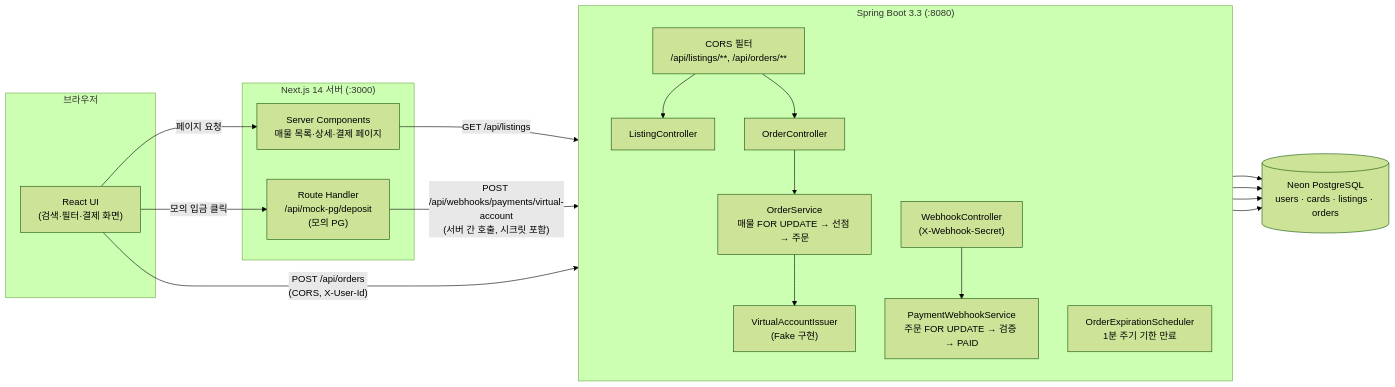
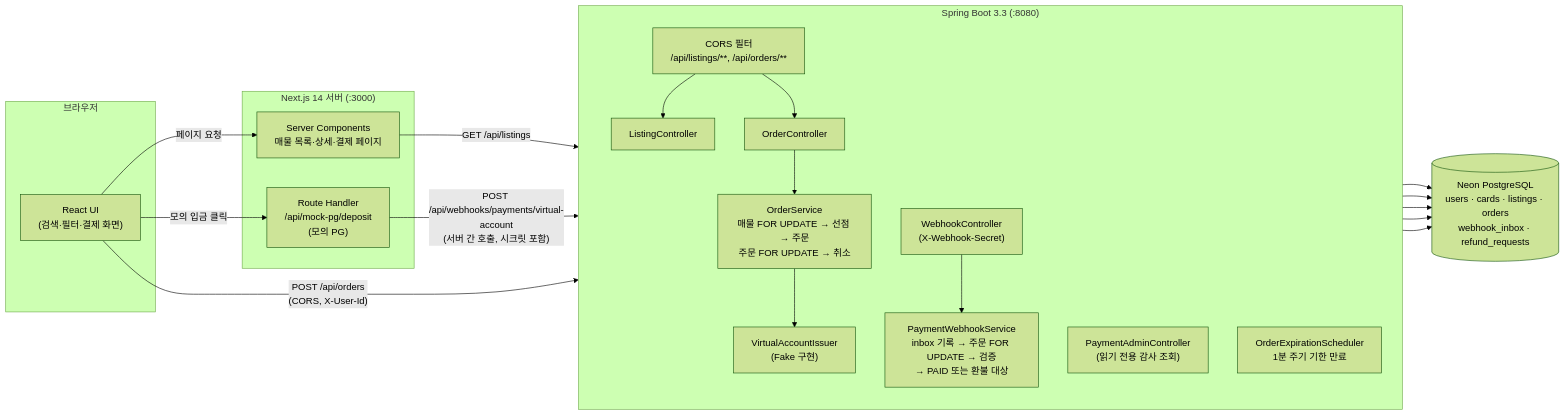
The first of 6 diagrams in README.md (Dev-Gony/poketrade), drawn with Mermaid (forest theme) before and after one commit. The commit also changed other lines of this file and 32 other files, not shown here.

First line of the commit message:
Add webhook inbox, buyer cancel and refund-required tracking

````diff
--- a/README.md
+++ b/README.md
@@ -92,35 +98,36 @@
 ```mermaid
 flowchart LR
     subgraph Client["브라우저"]
         UI["React UI<br/>(검색·필터·결제 화면)"]
     end
 
     subgraph Next["Next.js 14 서버 (:3000)"]
         RSC["Server Components<br/>매물 목록·상세·결제 페이지"]
         PG["Route Handler<br/>/api/mock-pg/deposit<br/>(모의 PG)"]
     end
 
     subgraph Spring["Spring Boot 3.3 (:8080)"]
         direction TB
         CORS["CORS 필터<br/>/api/listings/**, /api/orders/**"]
         LC["ListingController"]
         OC["OrderController"]
         WC["WebhookController<br/>(X-Webhook-Secret)"]
-        OS["OrderService<br/>매물 FOR UPDATE → 선점 → 주문"]
-        WS["PaymentWebhookService<br/>주문 FOR UPDATE → 검증 → PAID"]
+        AC["PaymentAdminController<br/>(읽기 전용 감사 조회)"]
+        OS["OrderService<br/>매물 FOR UPDATE → 선점 → 주문<br/>주문 FOR UPDATE → 취소"]
+        WS["PaymentWebhookService<br/>inbox 기록 → 주문 FOR UPDATE → 검증<br/>→ PAID 또는 환불 대상"]
         SCH["OrderExpirationScheduler<br/>1분 주기 기한 만료"]
         VA["VirtualAccountIssuer<br/>(Fake 구현)"]
         CORS --> LC & OC
         OC --> OS --> VA
         WC --> WS
     end
 
-    DB[("Neon PostgreSQL<br/>users · cards · listings · orders")]
+    DB[("Neon PostgreSQL<br/>users · cards · listings · orders<br/>webhook_inbox · refund_requests")]
 
     UI -- "페이지 요청" --> RSC
     RSC -- "GET /api/listings" --> CORS
     UI -- "POST /api/orders<br/>(CORS, X-User-Id)" --> CORS
     UI -- "모의 입금 클릭" --> PG
     PG -- "POST /api/webhooks/payments/virtual-account<br/>(서버 간 호출, 시크릿 포함)" --> WC
-    OS & WS & SCH & LC --> DB
+    OS & WS & SCH & LC & AC --> DB
 ```
````
